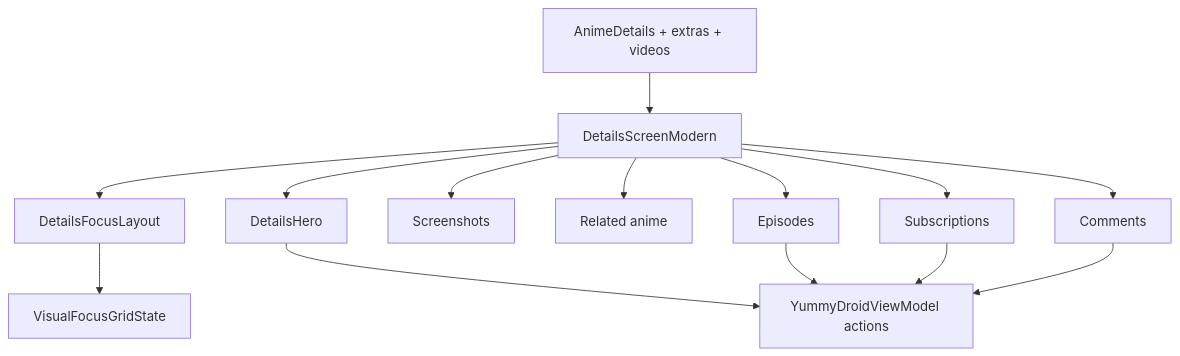
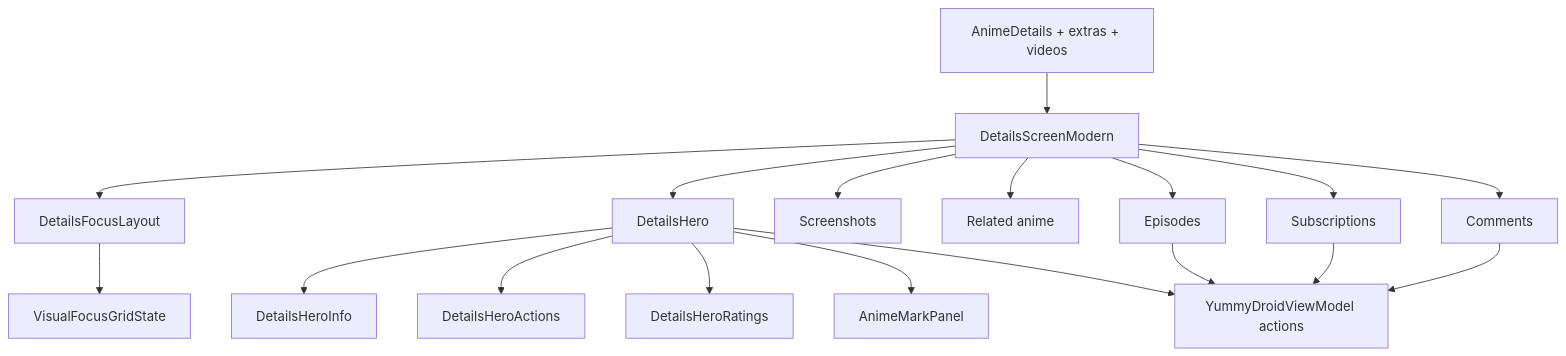
Before and after one commit to saltek1995/YummyDroid: the sixth of 11 diagrams in docs/refactor-logic-map.md, drawn with Mermaid. The commit also changed other lines of this file and 8 other files, not shown here.

Commit message:
Split details hero responsibilities

````diff
--- a/docs/refactor-logic-map.md
+++ b/docs/refactor-logic-map.md
@@ -237,28 +237,36 @@
 ```mermaid
 flowchart TD
     DetailsState[AnimeDetails + extras + videos]
     DetailsScreen[DetailsScreenModern]
     FocusLayout[DetailsFocusLayout]
     VisualNav[VisualFocusGridState]
     Hero[DetailsHero]
+    HeroInfo[DetailsHeroInfo]
+    HeroActions[DetailsHeroActions]
+    HeroRatings[DetailsHeroRatings]
+    MarkPanel[AnimeMarkPanel]
     Screenshots[Screenshots]
     Related[Related anime]
     Episodes[Episodes]
     Subscriptions[Subscriptions]
     Comments[Comments]
     VM[YummyDroidViewModel actions]
 
     DetailsState --> DetailsScreen
     DetailsScreen --> FocusLayout
     FocusLayout --> VisualNav
     DetailsScreen --> Hero
+    Hero --> HeroInfo
+    Hero --> HeroActions
+    Hero --> HeroRatings
+    Hero --> MarkPanel
     DetailsScreen --> Screenshots
     DetailsScreen --> Related
     DetailsScreen --> Episodes
     DetailsScreen --> Subscriptions
     DetailsScreen --> Comments
     Hero --> VM
     Episodes --> VM
     Subscriptions --> VM
     Comments --> VM
 ```
````
